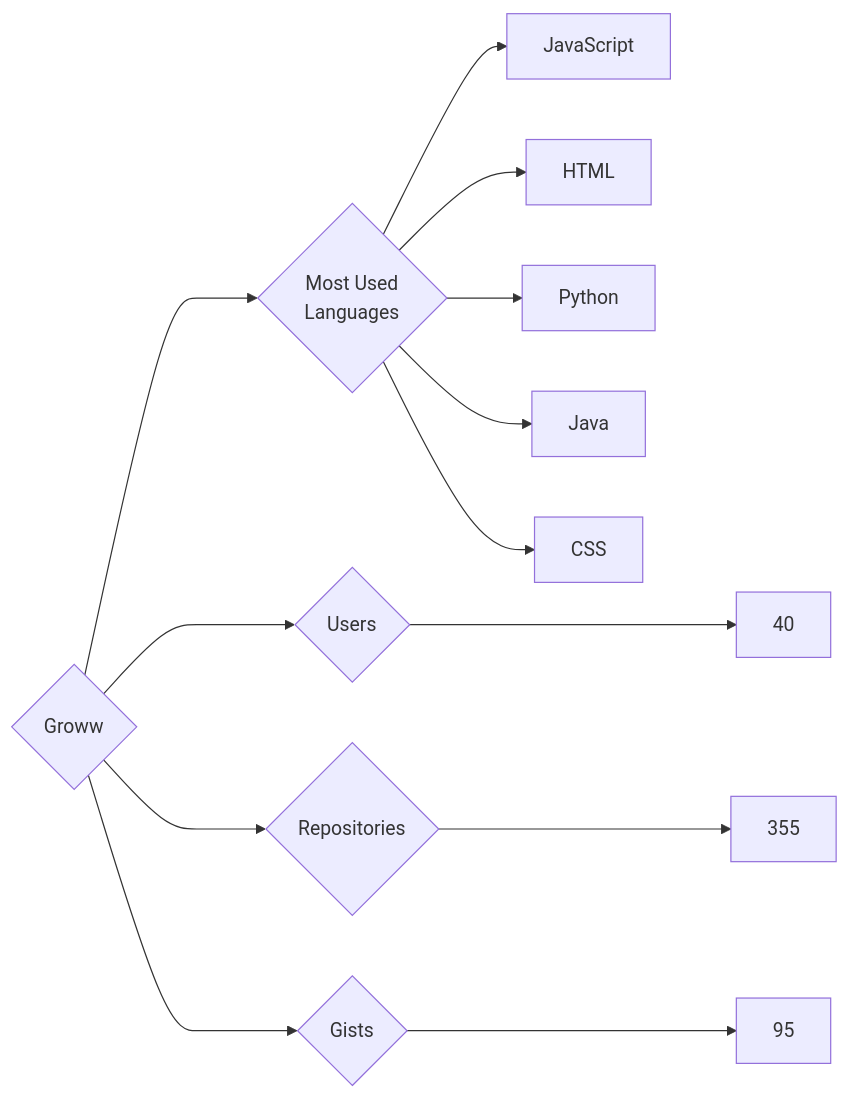
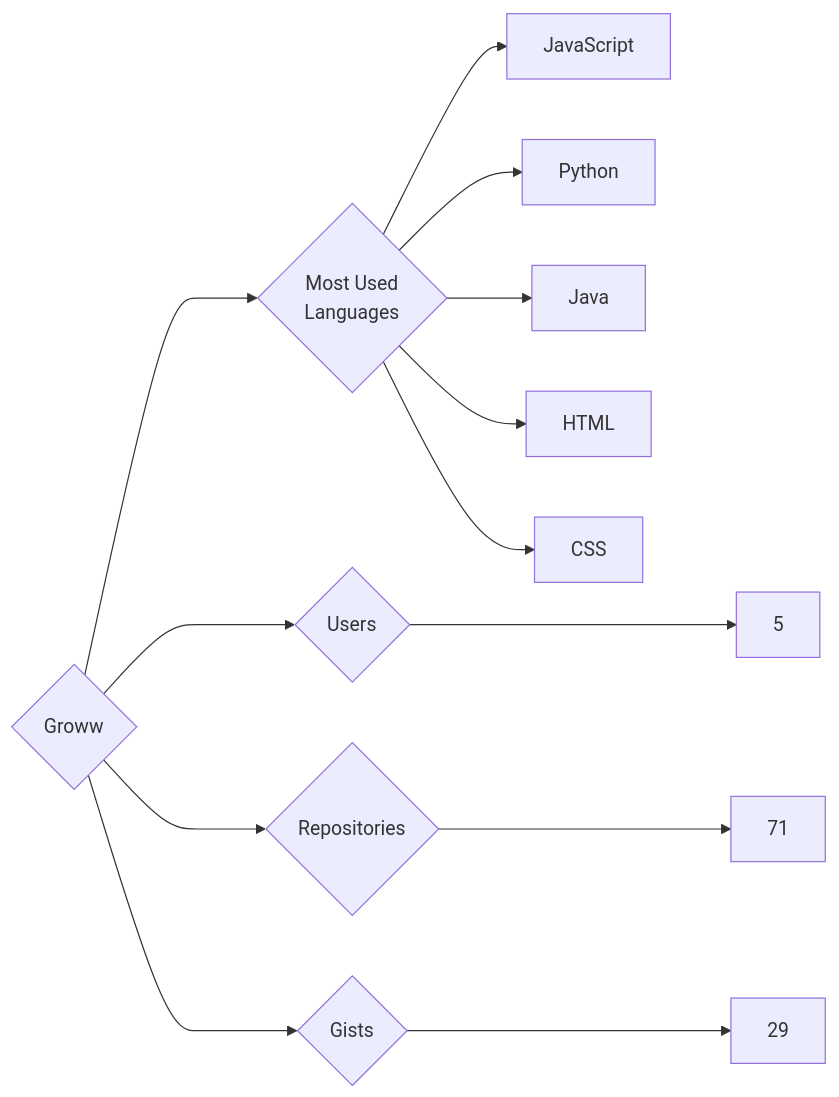
Before and after one commit to trickest/insiders: the diagram in targets/Groww/README.md, drawn with Mermaid. The commit also changed 916 other files, not shown here.

````diff
--- a/targets/Groww/README.md
+++ b/targets/Groww/README.md
@@ -3,13 +3,13 @@
 ```mermaid
 graph LR
 COMPANY_NAME{Groww}
-COMPANY_NAME ---> U{Users} ---> UN[40]
-COMPANY_NAME ---> R{Repositories} ---> RN[355]
-COMPANY_NAME ---> G{Gists} ---> GN[95]
+COMPANY_NAME ---> U{Users} ---> UN[5]
+COMPANY_NAME ---> R{Repositories} ---> RN[71]
+COMPANY_NAME ---> G{Gists} ---> GN[29]
 COMPANY_NAME ---> ML{Most Used<br>Languages}
 ML --> JavaScript[JavaScript]
-ML --> HTML[HTML]
 ML --> Python[Python]
 ML --> Java[Java]
+ML --> HTML[HTML]
 ML --> CSS[CSS]
 ```
````
